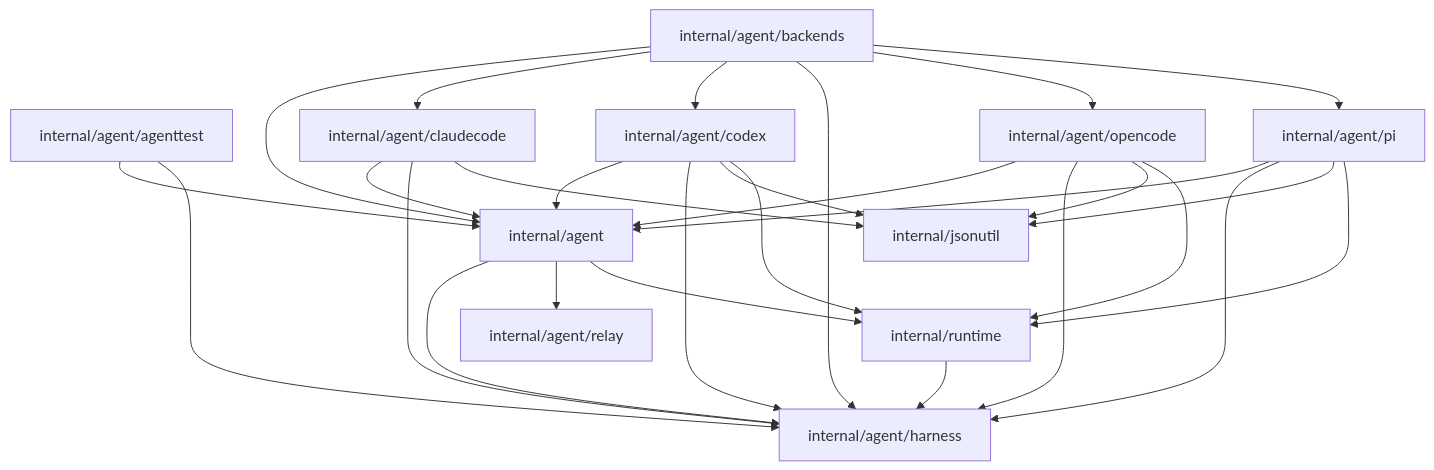
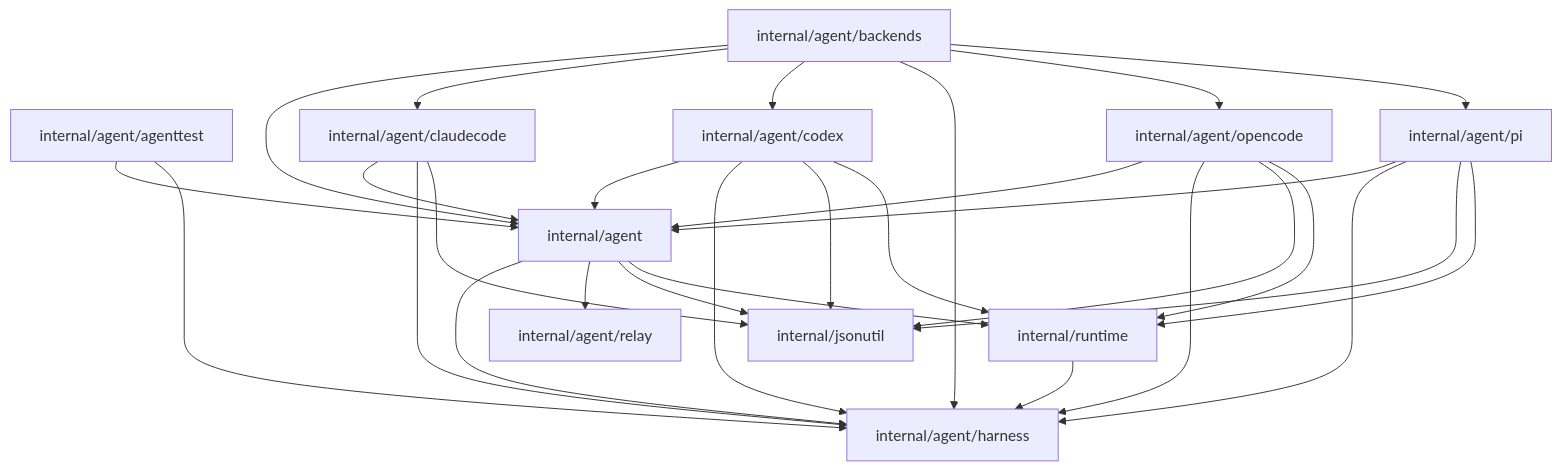
The second of 3 diagrams in backend/docs/ARCHITECTURE.md (caic-xyz/caic), drawn with Mermaid before and after one commit. The commit also changed other lines of this file and 29 other files, not shown here.

````diff
--- a/backend/docs/ARCHITECTURE.md
+++ b/backend/docs/ARCHITECTURE.md
@@ -197,42 +202,43 @@
 ```mermaid
 graph TD
   pkg_internal_agent["internal/agent"]
   pkg_internal_agent_agenttest["internal/agent/agenttest"]
   pkg_internal_agent_backends["internal/agent/backends"]
   pkg_internal_agent_claudecode["internal/agent/claudecode"]
   pkg_internal_agent_codex["internal/agent/codex"]
   pkg_internal_agent_harness["internal/agent/harness"]
   pkg_internal_agent_opencode["internal/agent/opencode"]
   pkg_internal_agent_pi["internal/agent/pi"]
   pkg_internal_agent_relay["internal/agent/relay"]
   pkg_internal_jsonutil["internal/jsonutil"]
   pkg_internal_runtime["internal/runtime"]
 
   pkg_internal_agent --> pkg_internal_agent_harness
   pkg_internal_agent --> pkg_internal_agent_relay
+  pkg_internal_agent --> pkg_internal_jsonutil
   pkg_internal_agent --> pkg_internal_runtime
   pkg_internal_agent_agenttest --> pkg_internal_agent
   pkg_internal_agent_agenttest --> pkg_internal_agent_harness
   pkg_internal_agent_backends --> pkg_internal_agent
   pkg_internal_agent_backends --> pkg_internal_agent_claudecode
   pkg_internal_agent_backends --> pkg_internal_agent_codex
   pkg_internal_agent_backends --> pkg_internal_agent_harness
   pkg_internal_agent_backends --> pkg_internal_agent_opencode
   pkg_internal_agent_backends --> pkg_internal_agent_pi
   pkg_internal_agent_claudecode --> pkg_internal_agent
   pkg_internal_agent_claudecode --> pkg_internal_agent_harness
   pkg_internal_agent_claudecode --> pkg_internal_jsonutil
   pkg_internal_agent_codex --> pkg_internal_agent
   pkg_internal_agent_codex --> pkg_internal_agent_harness
   pkg_internal_agent_codex --> pkg_internal_jsonutil
   pkg_internal_agent_codex --> pkg_internal_runtime
   pkg_internal_agent_opencode --> pkg_internal_agent
   pkg_internal_agent_opencode --> pkg_internal_agent_harness
   pkg_internal_agent_opencode --> pkg_internal_jsonutil
   pkg_internal_agent_opencode --> pkg_internal_runtime
   pkg_internal_agent_pi --> pkg_internal_agent
   pkg_internal_agent_pi --> pkg_internal_agent_harness
   pkg_internal_agent_pi --> pkg_internal_jsonutil
   pkg_internal_agent_pi --> pkg_internal_runtime
   pkg_internal_runtime --> pkg_internal_agent_harness
 ```
````
